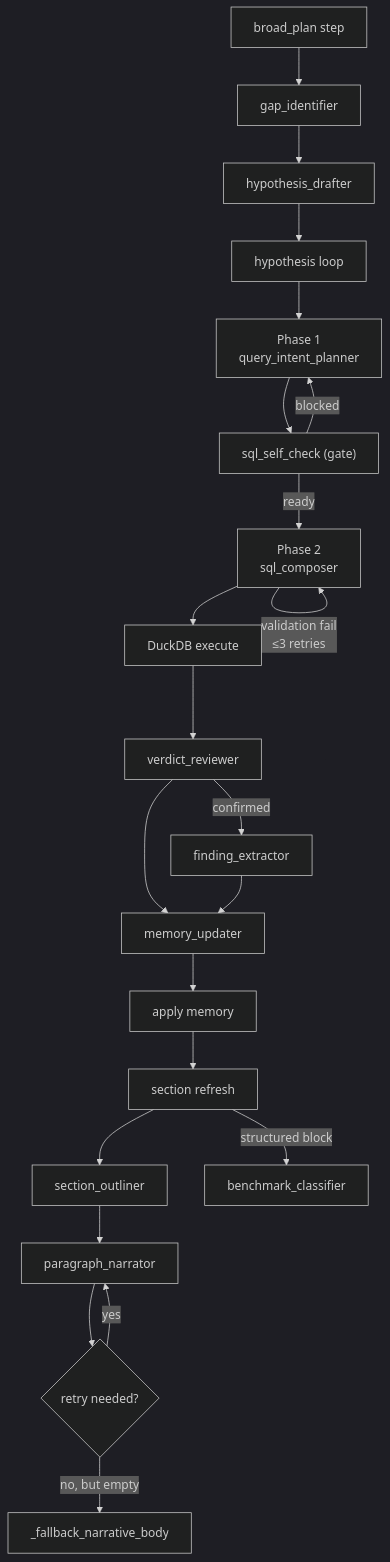
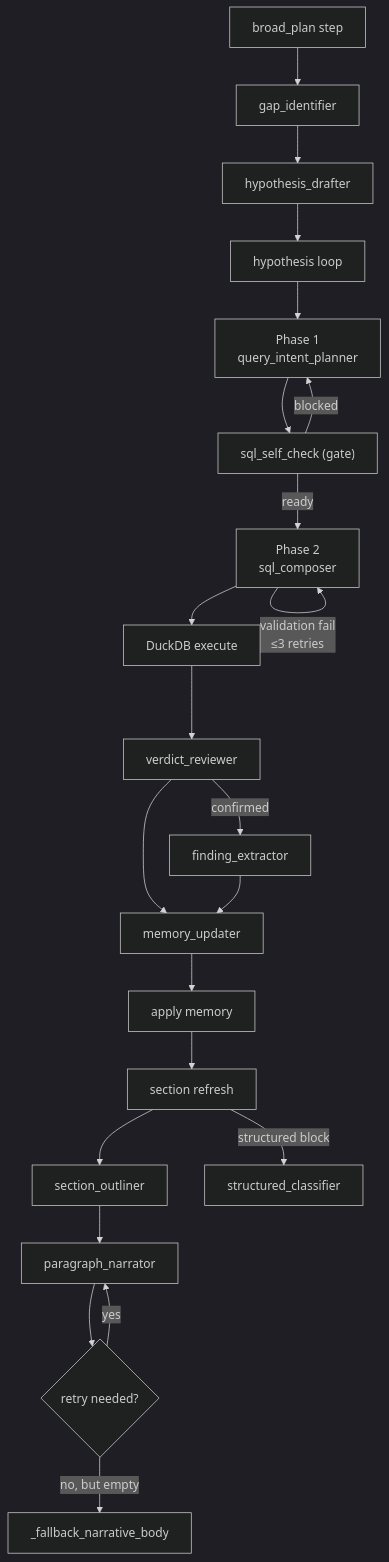
Before and after one commit to sumeshi/forensia: the diagram in docs/llm-roles.md, drawn with Mermaid (dark theme). The commit also changed other lines of this file and 6 other files, not shown here.

````diff
--- a/docs/llm-roles.md
+++ b/docs/llm-roles.md
@@ -139,24 +139,24 @@
 ```mermaid
 flowchart TD
     A["broad_plan step"] --> B[gap_identifier]
     B --> C[hypothesis_drafter]
     C --> D["hypothesis loop"]
     D --> E["Phase 1<br/>query_intent_planner"]
     E --> F["sql_self_check (gate)"]
     F -->|blocked| E
     F -->|ready| G["Phase 2<br/>sql_composer"]
     G -->|validation fail<br/>≤3 retries| G
     G --> H["DuckDB execute"]
     H --> I[verdict_reviewer]
     I -->|confirmed| J[finding_extractor]
     I --> K[memory_updater]
     J --> K
     K --> L["apply memory"]
     L --> M["section refresh"]
     M --> N[section_outliner]
     N --> O[paragraph_narrator]
     O --> P{retry needed?}
     P -->|yes| O
     P -->|no, but empty| Q[_fallback_narrative_body]
-    M -->|structured block| R[benchmark_classifier]
+    M -->|structured block| R[structured_classifier]
 ```
````
